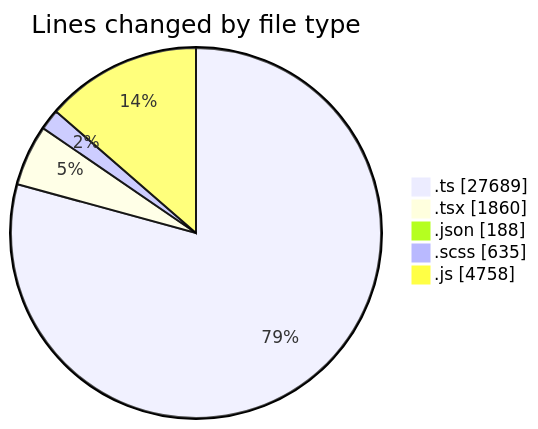
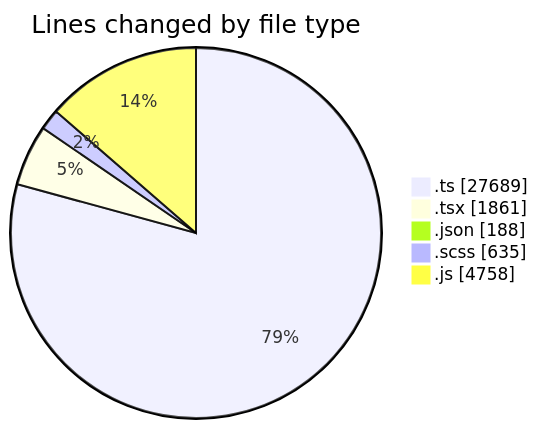
The first of 2 diagrams in 2026-05-07/cda/README.md (momahboobian/code-tracking), drawn with Mermaid before and after one commit. The commit also changed other lines of this file and 1 other file, not shown here.

````diff
--- a/2026-05-07/cda/README.md
+++ b/2026-05-07/cda/README.md
@@ -46,9 +46,9 @@
 ```mermaid
 pie showData
 title Lines changed by file type
 ".ts" : 27689
-".tsx" : 1860
+".tsx" : 1861
 ".json" : 188
 ".scss" : 635
 ".js" : 4758
 ```
````
